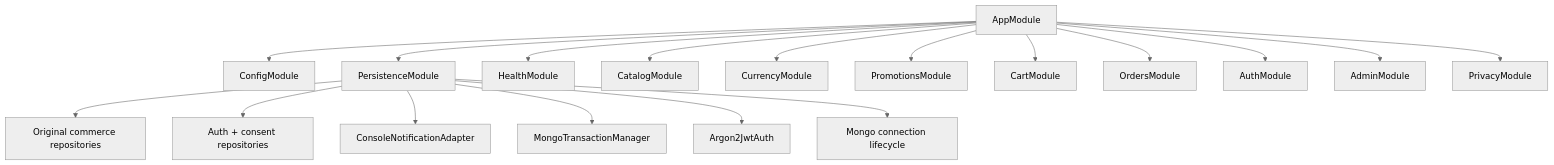
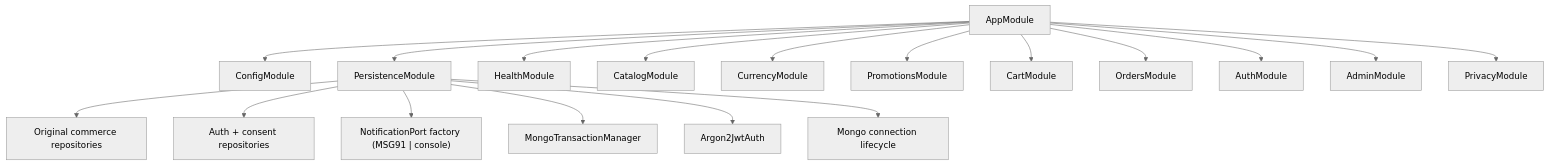
The first of 2 diagrams in docs/backend/composition-and-adapters.md (Kaizer-Systems/saha-textile), drawn with Mermaid (neutral theme) before and after one commit. The commit also changed other lines of this file and 75 other files, not shown here.

````diff
--- a/docs/backend/composition-and-adapters.md
+++ b/docs/backend/composition-and-adapters.md
@@ -23,21 +23,21 @@
 ```mermaid
 flowchart TD
     App["AppModule"] --> Config["ConfigModule"]
     App --> Persistence["PersistenceModule"]
     App --> Health["HealthModule"]
     App --> Catalog["CatalogModule"]
     App --> Currency["CurrencyModule"]
     App --> Promotions["PromotionsModule"]
     App --> Cart["CartModule"]
     App --> Orders["OrdersModule"]
     App --> Auth["AuthModule"]
     App --> Admin["AdminModule"]
     App --> Privacy["PrivacyModule"]
 
     Persistence --> MongoRepos["Original commerce repositories"]
     Persistence --> AuthRepos["Auth + consent repositories"]
-    Persistence --> Notifications["ConsoleNotificationAdapter"]
+    Persistence --> Notifications["NotificationPort factory (MSG91 | console)"]
     Persistence --> Transaction["MongoTransactionManager"]
     Persistence --> AuthAdapter["Argon2JwtAuth"]
     Persistence --> MongoConnection["Mongo connection lifecycle"]
 ```
````
